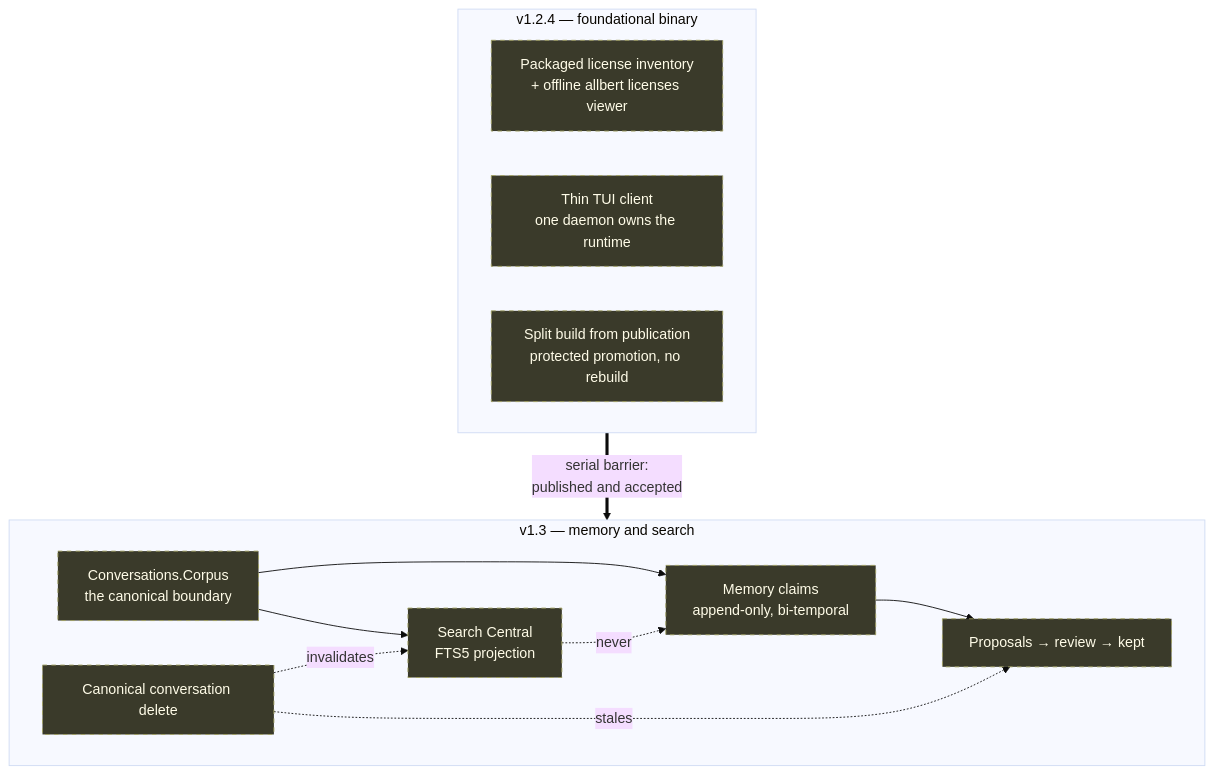
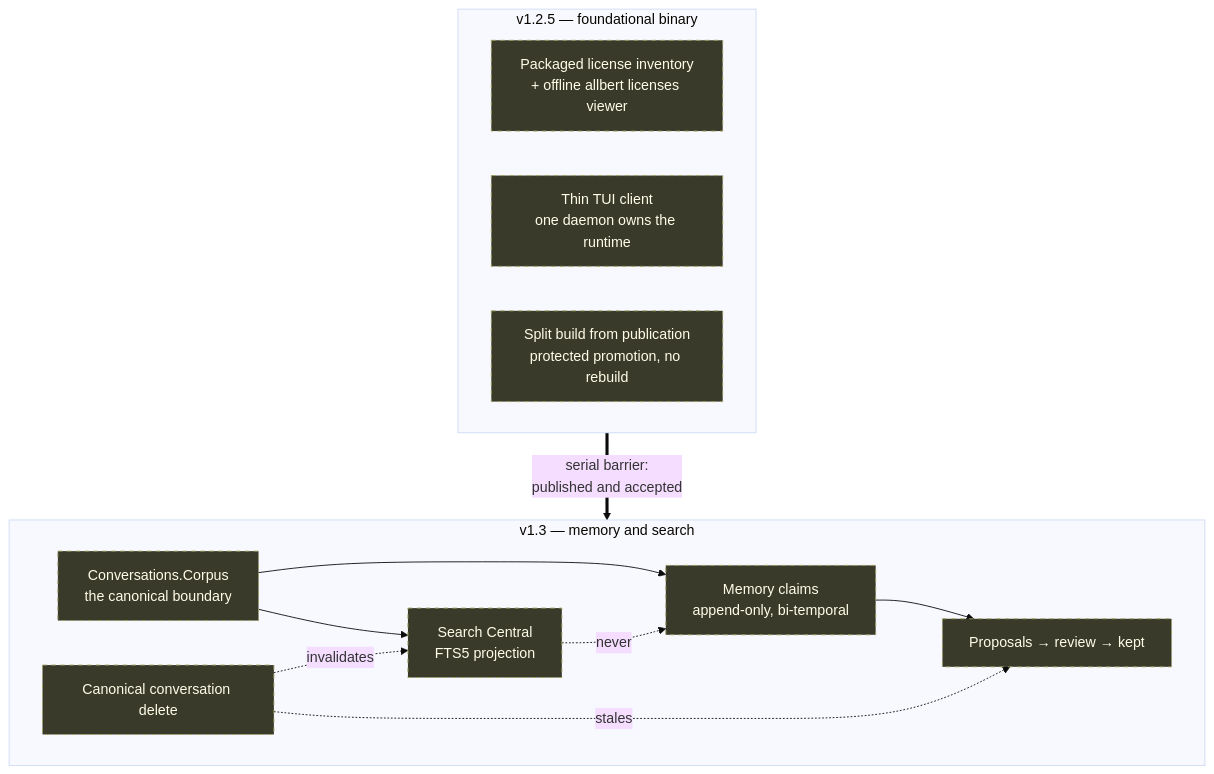
Before and after one commit to lexlapax/allbert-assist: the seventh of 7 diagrams in docs/design/architecture-diagrams.md, drawn with Mermaid (base theme). The commit also changed other lines of this file and 34 other files, not shown here.

````diff
--- a/docs/design/architecture-diagrams.md
+++ b/docs/design/architecture-diagrams.md
@@ -337,28 +337,28 @@
 ```mermaid
 flowchart TB
-    subgraph V121["v1.2.4 — foundational binary"]
+    subgraph V121["v1.2.5 — foundational binary"]
         LIC["Packaged license inventory<br/>+ offline allbert licenses viewer"]
         THIN["Thin TUI client<br/>one daemon owns the runtime"]
         PROMO["Split build from publication<br/>protected promotion, no rebuild"]
     end
 
     subgraph V13["v1.3 — memory and search"]
         CORPUS["Conversations.Corpus<br/>the canonical boundary"]
         CLAIMS["Memory claims<br/>append-only, bi-temporal"]
         PROP["Proposals → review → kept"]
         SEARCH["Search Central<br/>FTS5 projection"]
         DEL["Canonical conversation delete"]
     end
 
     V121 ==>|serial barrier:<br/>published and accepted| V13
 
     CORPUS --> CLAIMS
     CORPUS --> SEARCH
     CLAIMS --> PROP
     DEL -.invalidates.-> SEARCH
     DEL -.stales.-> PROP
     SEARCH -.->|never| CLAIMS
 
     classDef planned stroke-dasharray: 5 5,fill:#3a3a2a,stroke:#a0a060,color:#fffce8
     class LIC,THIN,PROMO,CORPUS,CLAIMS,PROP,SEARCH,DEL planned
 ```
````
